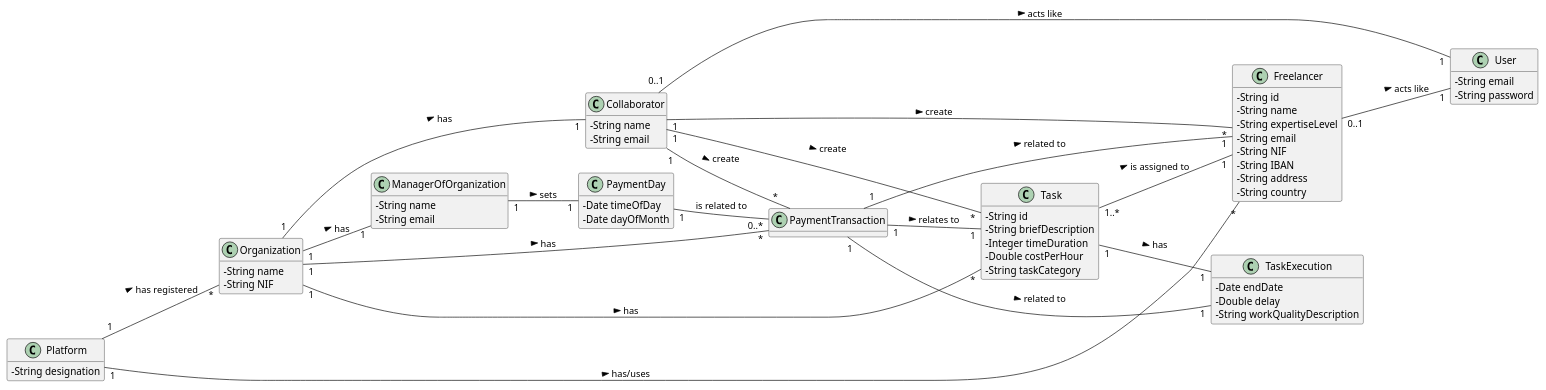
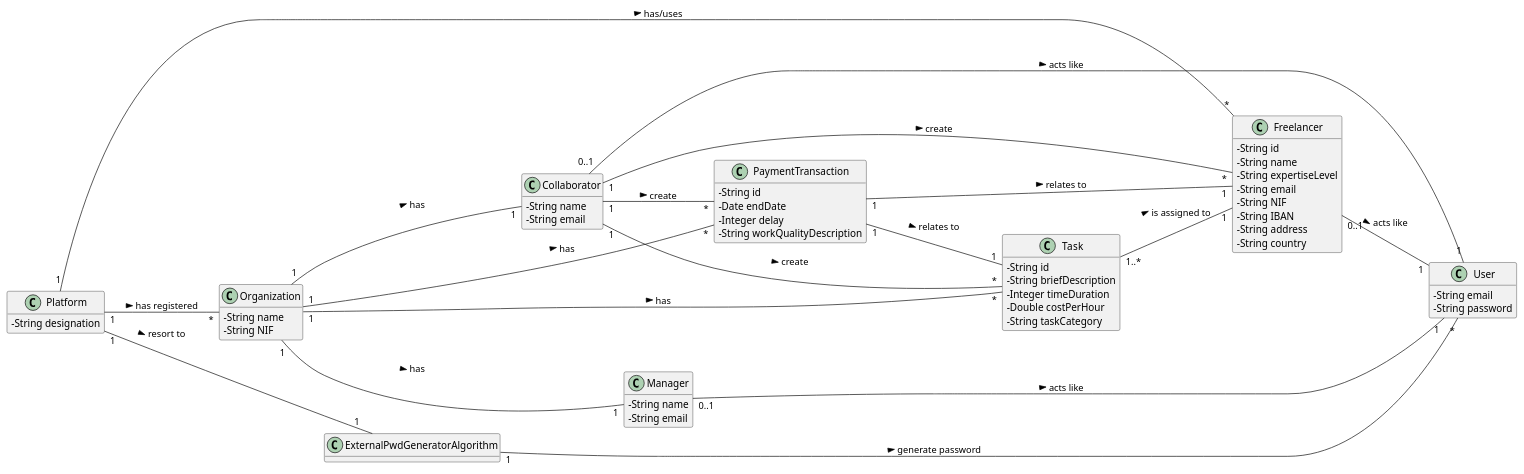
One commit to pedrolemos4/LAPR2 changed the diagram in docs/MD.puml. Above: the diagram before and after it, drawn with PlantUML. The commit also changed 1 other file, not shown here.

```diff
--- a/docs/MD.puml
+++ b/docs/MD.puml
@@ -1,83 +1,84 @@
 @startuml
 skinparam classAttributeIconSize 0
 hide methods
 left to right direction
 
 class Platform {
   -String designation
 }
 
 class Organization {
   -String name
   -String NIF
 }
 
 class Collaborator {
   -String name
   -String email
 }
 
-
-class User {
+class Manager {
+  -String name
   -String email
-  -String password
 }
 
 class Freelancer {
   -String id
   -String name
   -String expertiseLevel
   -String email
   -String NIF
   -String IBAN
   -String address
   -String country
-  }
+}
+
+class User {
+  -String email
+  -String password
+}
 
 class Task {
  -String id
  -String briefDescription
  -Integer timeDuration
  -Double costPerHour
  -String taskCategory
 }
 
-class TaskExecution {
- -Date endDate
- -Double delay
- -String workQualityDescription
+class PaymentTransaction{
+  -String id
+  -Date endDate
+  -Integer delay
+  -String workQualityDescription
 }
 
-class PaymentTransaction{
+class ExternalPwdGeneratorAlgorithm {
 }
 
-class ManagerOfOrganization {
-  -String name
-  -String email
-}
+Platform "1" -- "*" Organization : has registered >
+Platform "1" -- "1" ExternalPwdGeneratorAlgorithm : resort to >
+Platform "1" -- "*" Freelancer : has/uses >
 
-class PaymentDay {
-  -Date timeOfDay
-  -Date dayOfMonth
-}
-
-Organization "1" -- "1" ManagerOfOrganization : has >
-ManagerOfOrganization "1" -- "1" PaymentDay : sets >
-Platform "1" -- "*" Organization : has registered >
-Platform "1" -- "*" Freelancer : has/uses >
 Organization "1" -- "1" Collaborator: has >
+Organization "1" -- "1" Manager: has >
 Organization "1" -- "*" Task: has >
 Organization "1" -- "*" PaymentTransaction: has >
+
 Collaborator "0..1" -- "1" User: acts like >
-Freelancer "0..1" -- "1" User: acts like >
 Collaborator "1" -- "*" Freelancer: create >
 Collaborator "1" -- "*" Task: create >
 Collaborator "1" -- "*" PaymentTransaction: create >
-PaymentTransaction "1" -- "1" Freelancer: related to >
+
+Manager "0..1" -- "1" User: acts like >
+
+Freelancer "0..1" -- "1" User: acts like >
+
+Task "1..*" -- "1" Freelancer: is assigned to >
+
+PaymentTransaction "1" -- "1" Freelancer: relates to >
 PaymentTransaction "1" -- "1" Task: relates to >
-PaymentTransaction "1" -- "1" TaskExecution: related to >
-Task "1" -- "1" TaskExecution: has >
-Task "1..*" -- "1" Freelancer: is assigned to >
-PaymentDay "1" -- "0..*" PaymentTransaction : is related to
+
+ExternalPwdGeneratorAlgorithm "1" -- "*" User : generate password >
 
 @enduml
```
